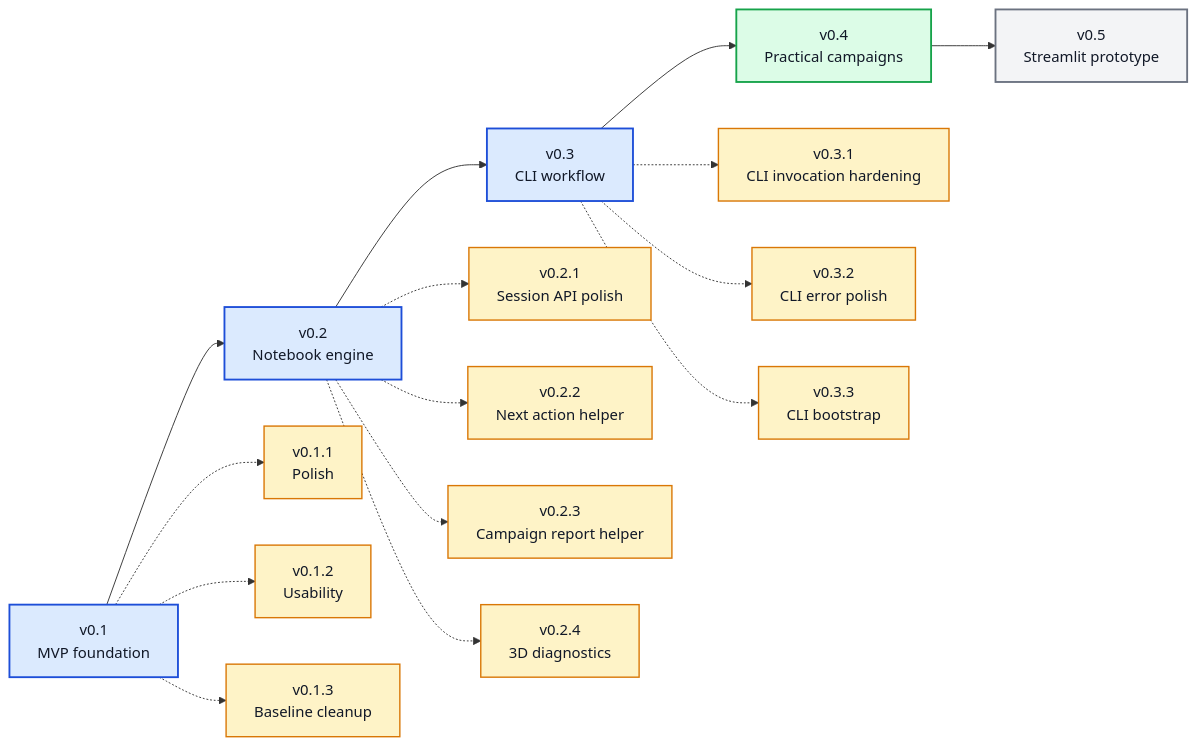
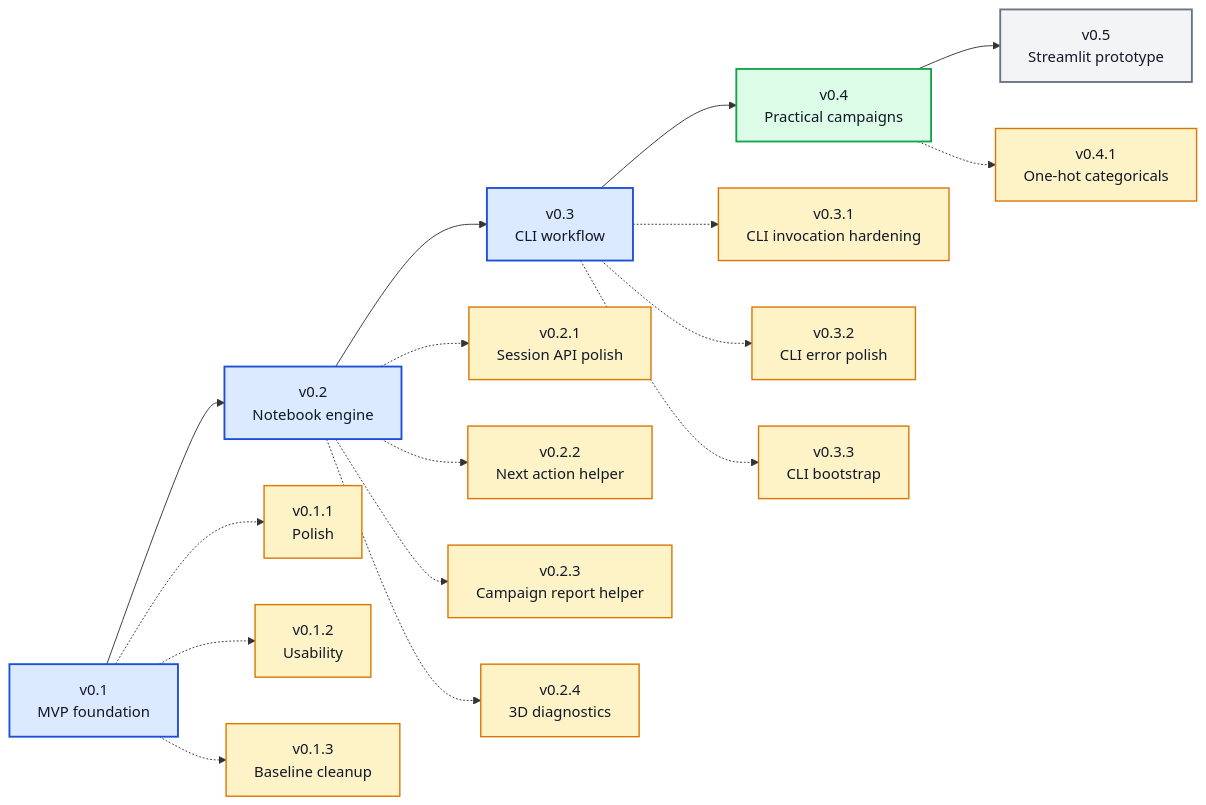
The diagram in ROADMAP.md (angzeli/bo-forge), drawn with Mermaid before and after one commit. The commit also changed other lines of this file and 15 other files, not shown here.

Commit message:
v0.4.1 update: One-hot categorials

````diff
--- a/ROADMAP.md
+++ b/ROADMAP.md
@@ -7,36 +7,38 @@
 ```mermaid
 flowchart LR
     v01["v0.1<br/>MVP foundation"] --> v02["v0.2<br/>Notebook engine"] --> v03["v0.3<br/>CLI workflow"] --> v04["v0.4<br/>Practical campaigns"] --> v05["v0.5<br/>Streamlit prototype"]
 
     v011["v0.1.1<br/>Polish"]
     v012["v0.1.2<br/>Usability"]
     v013["v0.1.3<br/>Baseline cleanup"]
     v021["v0.2.1<br/>Session API polish"]
     v022["v0.2.2<br/>Next action helper"]
     v023["v0.2.3<br/>Campaign report helper"]
     v024["v0.2.4<br/>3D diagnostics"]
     v031["v0.3.1<br/>CLI invocation hardening"]
     v032["v0.3.2<br/>CLI error polish"]
     v033["v0.3.3<br/>CLI bootstrap"]
+    v041["v0.4.1<br/>One-hot categoricals"]
     
     v01 -.-> v011
     v01 -.-> v012
     v01 -.-> v013
     v02 -.-> v021
     v02 -.-> v022
     v02 -.-> v023
     v02 -.-> v024
     v03 -.-> v031
     v03 -.-> v032
     v03 -.-> v033
+    v04 -.-> v041
     
     class v01,v02,v03 majorDone
     class v04 majorNext
     class v05 majorFuture
-    class v011,v012,v013,v021,v022,v023,v024,v031,v032,v033 patchDone
+    class v011,v012,v013,v021,v022,v023,v024,v031,v032,v033,v041 patchDone
 
     classDef majorDone fill:#dbeafe,stroke:#1d4ed8,stroke-width:2px,color:#111827;
     classDef majorNext fill:#dcfce7,stroke:#16a34a,stroke-width:2px,color:#111827;
     classDef majorFuture fill:#f3f4f6,stroke:#6b7280,stroke-width:2px,color:#111827;
     classDef patchDone fill:#fef3c7,stroke:#d97706,stroke-width:1.5px,color:#111827;
 ```
````
